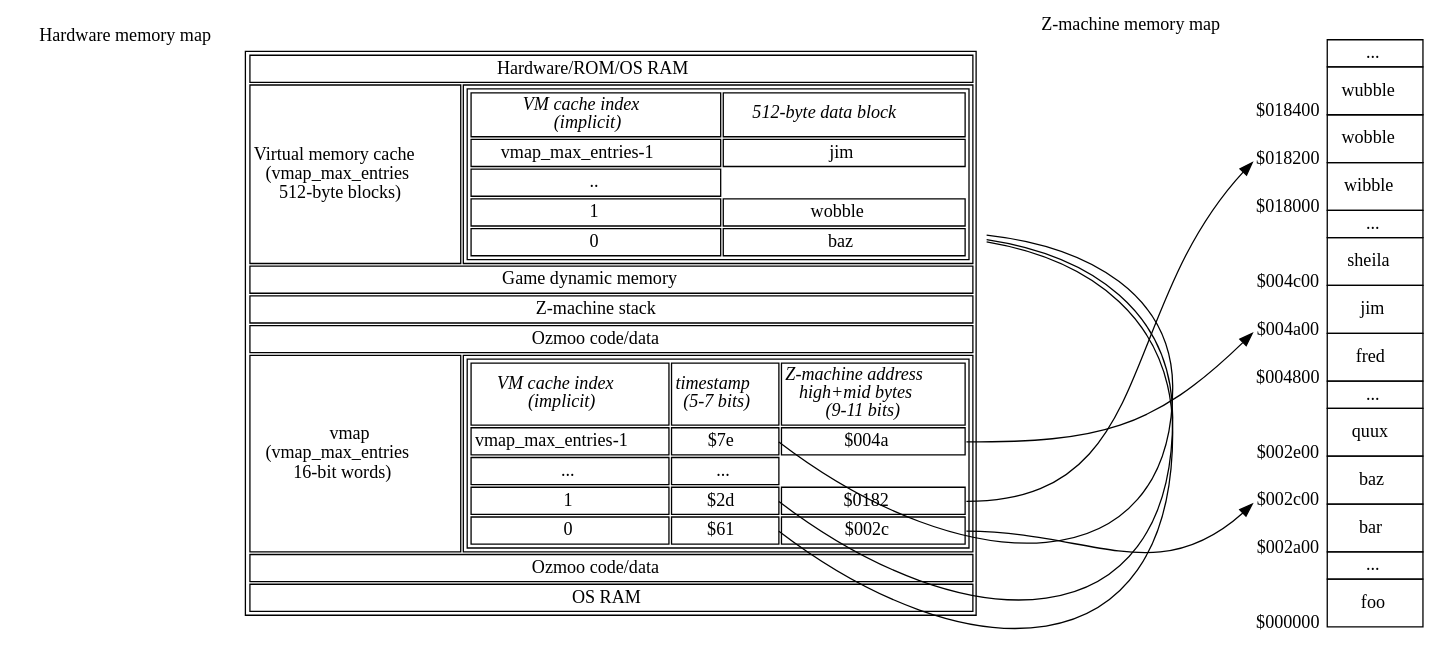
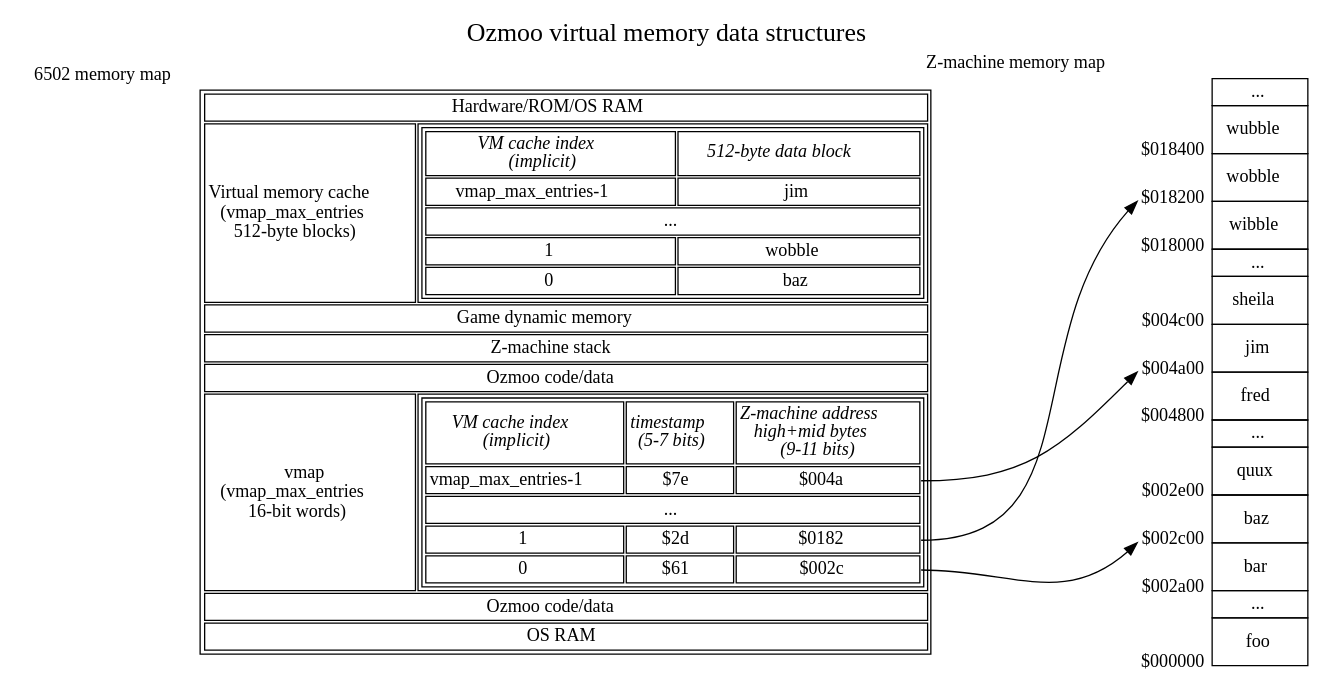
The diagram in documentation/techdocs/memory-map-1.dot (ZornsLemma/ozmoo), drawn with Graphviz before and after one commit.

Commit message:
Snapshot

```diff
--- a/documentation/techdocs/memory-map-1.dot
+++ b/documentation/techdocs/memory-map-1.dot
@@ -1,128 +1,123 @@
 digraph memory {
-    graph [nodesep=2];
+    graph [nodesep=2, label="Ozmoo virtual memory data structures", fontsize=20, labelloc=t];
     forcelabels=true;
     node [shape=plaintext];
 
     # SFTODO: Rename "top" to "ram"?
-    top [xlabel="Hardware memory map", label=<
+    top [xlabel="6502 memory map", label=<
     <table>
         <tr><td colspan="2">Hardware/ROM/OS RAM</td></tr>
         <!-- SFTODO: could label start of this chunk of memory vmap_first_ram_page -->
         <tr><td>Virtual memory cache<br/>(vmap_max_entries<br/>512-byte blocks)</td>
             <td>
                 <table port="vmem">
                     <tr>
                         <td><i>VM cache index<br/>(implicit)</i></td>
                         <td><i>512-byte data block</i></td>
                     </tr>
                     <tr>
                         <td>vmap_max_entries-1</td>
                         <td>jim</td>
                     </tr>
-                    <tr colspan="2"><td>..</td></tr>
+                    <tr><td colspan="2">...</td></tr>
                     <tr>
                         <td>1</td>
                         <td>wobble</td>
                     </tr>
                     <tr>
                         <td>0</td>
                         <td>baz</td>
                     </tr>
                 </table>
             </td>
         </tr>
         <tr><td colspan="2">Game dynamic memory</td></tr>
         <tr><td colspan="2">Z-machine stack</td></tr>
         <tr><td colspan="2">Ozmoo code/data</td></tr>
         <tr><td>vmap<br/>(vmap_max_entries<br/>16-bit words)</td>
             <td>
                 <table>
                     <tr>
                         <td><i>VM cache index<br/>(implicit)</i></td>
                         <td><i>timestamp<br/>(5-7 bits)</i></td>
                         <td><i>Z-machine address<br/>high+mid bytes<br/>(9-11 bits)</i></td>
                     </tr>
-                    <tr><td>vmap_max_entries-1</td><td port="xlastblock">$7e</td><td port="z004a">$004a</td></tr>
-                    <tr><td>...</td><td>...</td></tr>
-                    <tr><td>1</td><td port="xblock1">$2d</td><td port="z0182">$0182</td></tr>
-                    <tr><td>0</td><td port="xblock0">$61</td><td port="z002c">$002c</td></tr>
+                    <tr><td>vmap_max_entries-1</td><td>$7e</td><td port="z004a">$004a</td></tr>
+                    <tr><td colspan="3">...</td></tr>
+                    <tr><td>1</td><td>$2d</td><td port="z0182">$0182</td></tr>
+                    <tr><td>0</td><td>$61</td><td port="z002c">$002c</td></tr>
                 </table>
             </td>
         </tr>
         <tr><td colspan="2">Ozmoo code/data</td></tr>
         <tr><td colspan="2">OS RAM</td></tr>
     </table>>];
 
     zmachine [xlabel="Z-machine memory map", label=<
     <table border="0" cellspacing="0">
         <tr>
             <td></td>
             <td border="1">...</td>
         </tr>
         <tr>
             <td valign="bottom"><sub>$018400</sub></td>
             <td border="1" cellpadding="10"><!-- Z-code: -->wubble</td>
         </tr>
         <tr>
             <td port="z0182" valign="bottom"><sub>$018200</sub></td>
             <td border="1" cellpadding="10"><!-- Z-code: -->wobble</td>
         </tr>
         <tr>
             <td valign="bottom"><sub>$018000</sub></td>
             <td border="1" cellpadding="10"><!-- Z-code: -->wibble</td>
         </tr>
         <tr>
             <td></td>
             <td border="1">...</td>
         </tr>
         <tr>
             <td valign="bottom"><sub>$004c00</sub></td>
             <td border="1" cellpadding="10"><!-- Z-code: -->sheila</td>
         </tr>
         <tr>
             <td port="z004a" valign="bottom"><sub>$004a00</sub></td>
             <td border="1" cellpadding="10"><!-- Z-code: -->jim</td>
         </tr>
         <tr>
             <td valign="bottom"><sub>$004800</sub></td>
             <td border="1" cellpadding="10"><!-- Z-code: -->fred</td>
         </tr>
         <tr>
             <td></td>
             <td border="1">...</td>
         </tr>
         <tr>
             <td valign="bottom"><sub>$002e00</sub></td>
             <td border="1" cellpadding="10"><!-- Z-code: -->quux</td>
         </tr>
         <tr>
             <td port="z002c" valign="bottom"><sub>$002c00</sub></td>
             <td border="1" cellpadding="10"><!-- Z-code: -->baz</td>
         </tr>
         <tr>
             <td valign="bottom"><sub>$002a00</sub></td>
             <td border="1" cellpadding="10"><!-- Z-code: -->bar</td>
         </tr>
         <tr>
             <td></td>
             <td border="1">...</td>
         </tr>
         <tr>
             <td valign="bottom"><sub>$000000</sub></td>
             <td border="1" cellpadding="10"><!-- Z-code: -->foo</td>
         </tr>
     </table>>];
 
     {rank = same; top zmachine};
 
-    # Get rid of these lines, since they don't route well?
-    top:lastblock:e -> top:xlastblock:e [dir=none];
-    top:block1:e -> top:xblock1:e [dir=none];
-    top:block0:e -> top:xblock0:e [dir=none];
-
     top:z004a:e -> zmachine:z004a:sw;
     top:z002c:e -> zmachine:z002c:sw;
     top:z0182:e -> zmachine:z0182:sw;
 }
 
 # vi: sw=4 sts=4
```
